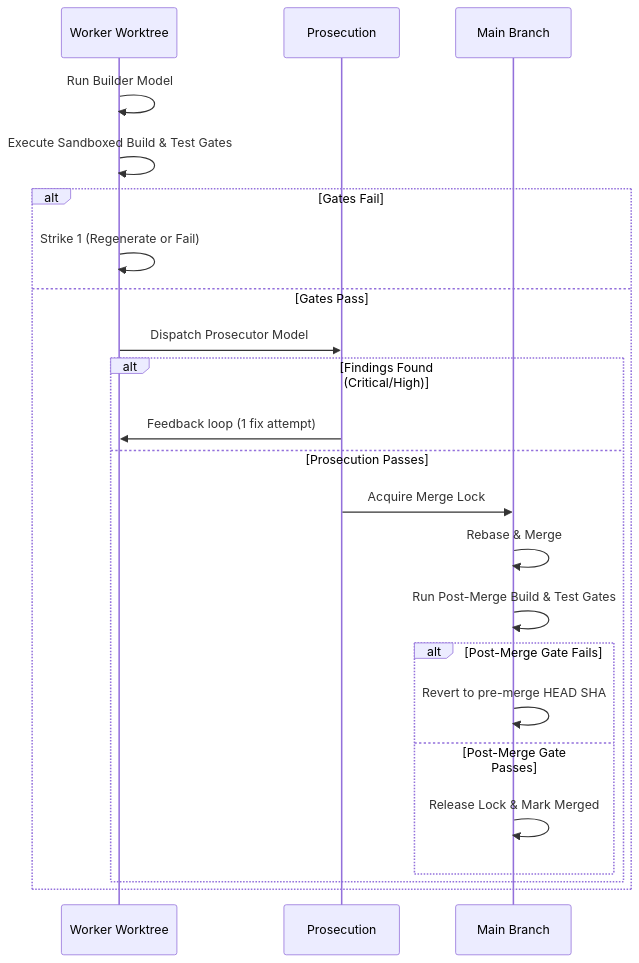
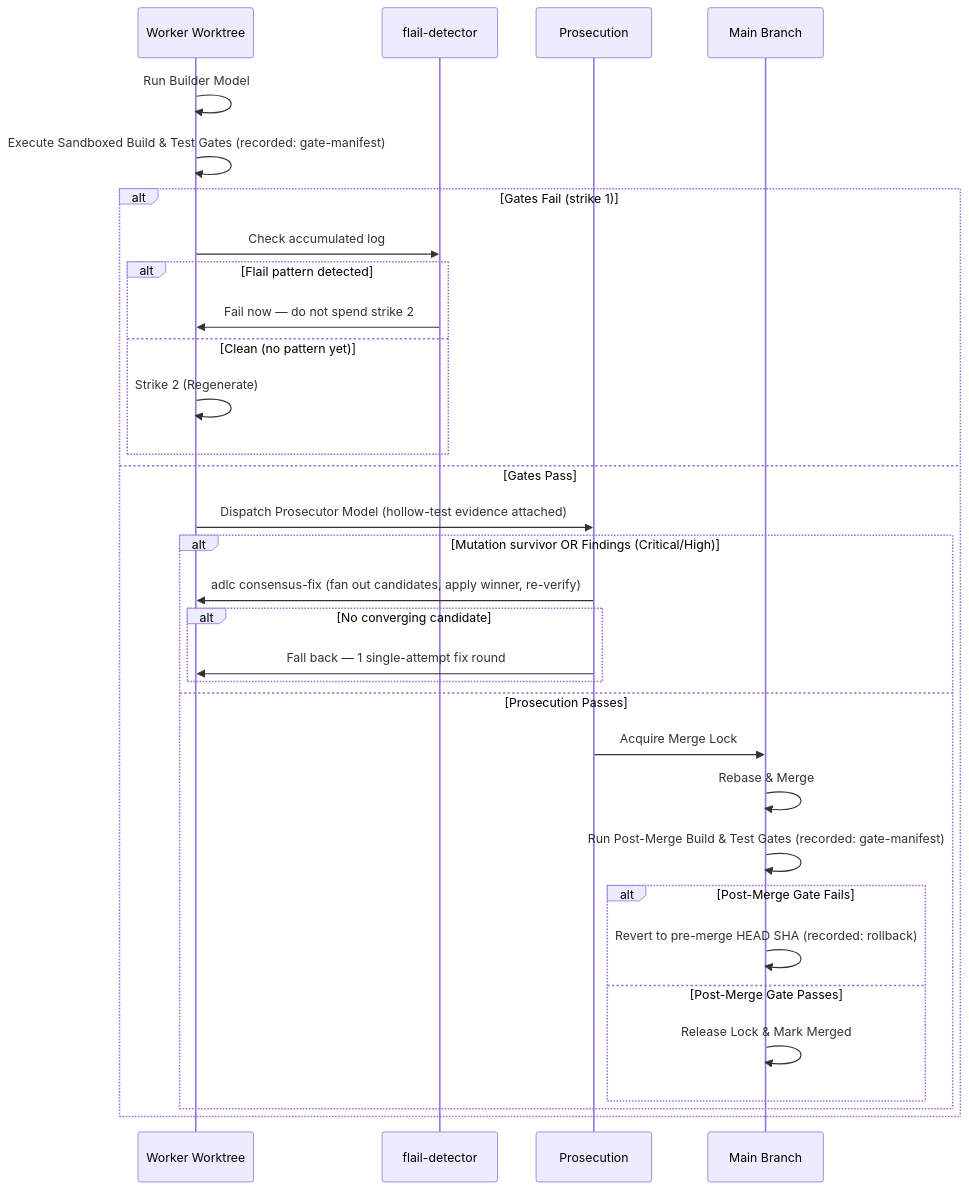
Before and after one commit to voodootikigod/antigravity-booster: the diagram in docs/guidelines.md, drawn with Mermaid. The commit also changed other lines of this file and 3 other files, not shown here.

````diff
--- a/docs/guidelines.md
+++ b/docs/guidelines.md
@@ -83,26 +87,35 @@
 ```mermaid
 sequenceDiagram
     participant WT as Worker Worktree
+    participant FD as flail-detector
     participant PT as Prosecution
     participant Main as Main Branch
-    
+
     WT->>WT: Run Builder Model
-    WT->>WT: Execute Sandboxed Build & Test Gates
-    alt Gates Fail
-        WT->>WT: Strike 1 (Regenerate or Fail)
+    WT->>WT: Execute Sandboxed Build & Test Gates (recorded: gate-manifest)
+    alt Gates Fail (strike 1)
+        WT->>FD: Check accumulated log
+        alt Flail pattern detected
+            FD->>WT: Fail now — do not spend strike 2
+        else Clean (no pattern yet)
+            WT->>WT: Strike 2 (Regenerate)
+        end
     else Gates Pass
-        WT->>PT: Dispatch Prosecutor Model
-        alt Findings Found (Critical/High)
-            PT->>WT: Feedback loop (1 fix attempt)
+        WT->>PT: Dispatch Prosecutor Model (hollow-test evidence attached)
+        alt Mutation survivor OR Findings (Critical/High)
+            PT->>WT: adlc consensus-fix (fan out candidates, apply winner, re-verify)
+            alt No converging candidate
+                PT->>WT: Fall back — 1 single-attempt fix round
+            end
         else Prosecution Passes
             PT->>Main: Acquire Merge Lock
             Main->>Main: Rebase & Merge
-            Main->>Main: Run Post-Merge Build & Test Gates
+            Main->>Main: Run Post-Merge Build & Test Gates (recorded: gate-manifest)
             alt Post-Merge Gate Fails
-                Main->>Main: Revert to pre-merge HEAD SHA
+                Main->>Main: Revert to pre-merge HEAD SHA (recorded: rollback)
             else Post-Merge Gate Passes
                 Main->>Main: Release Lock & Mark Merged
             end
         end
     end
 ```
````
